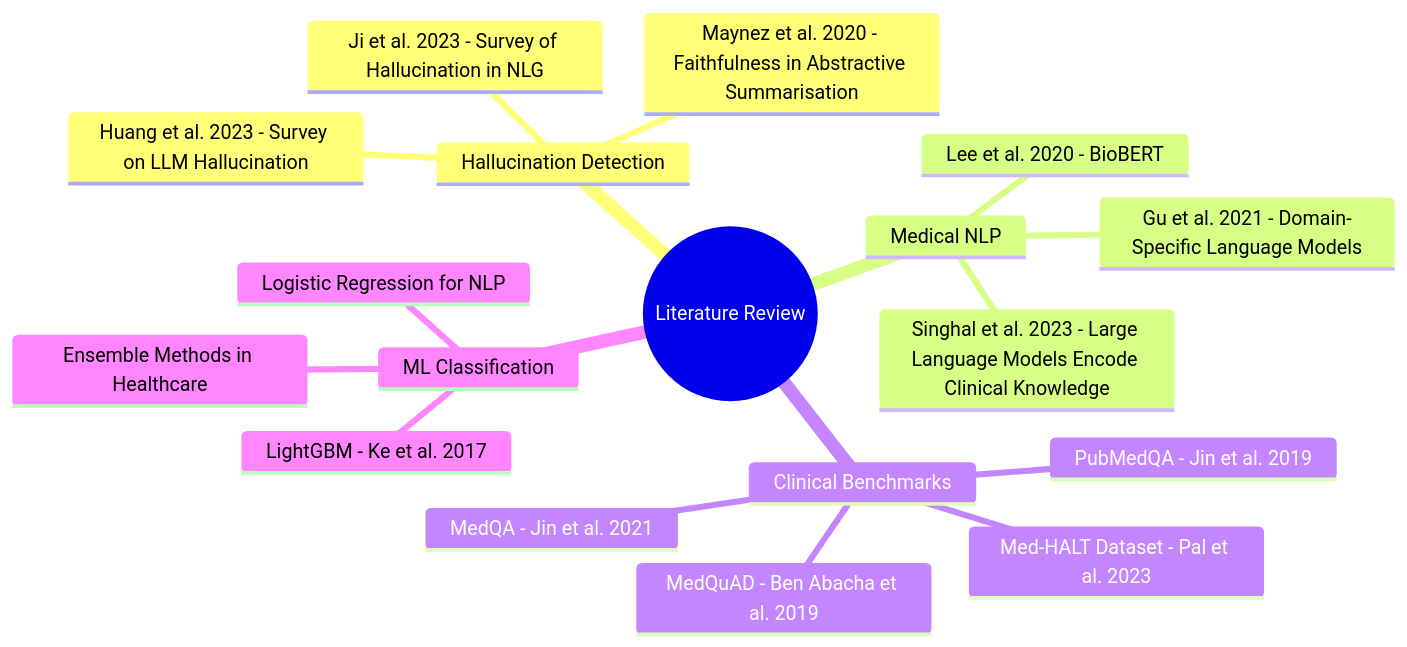
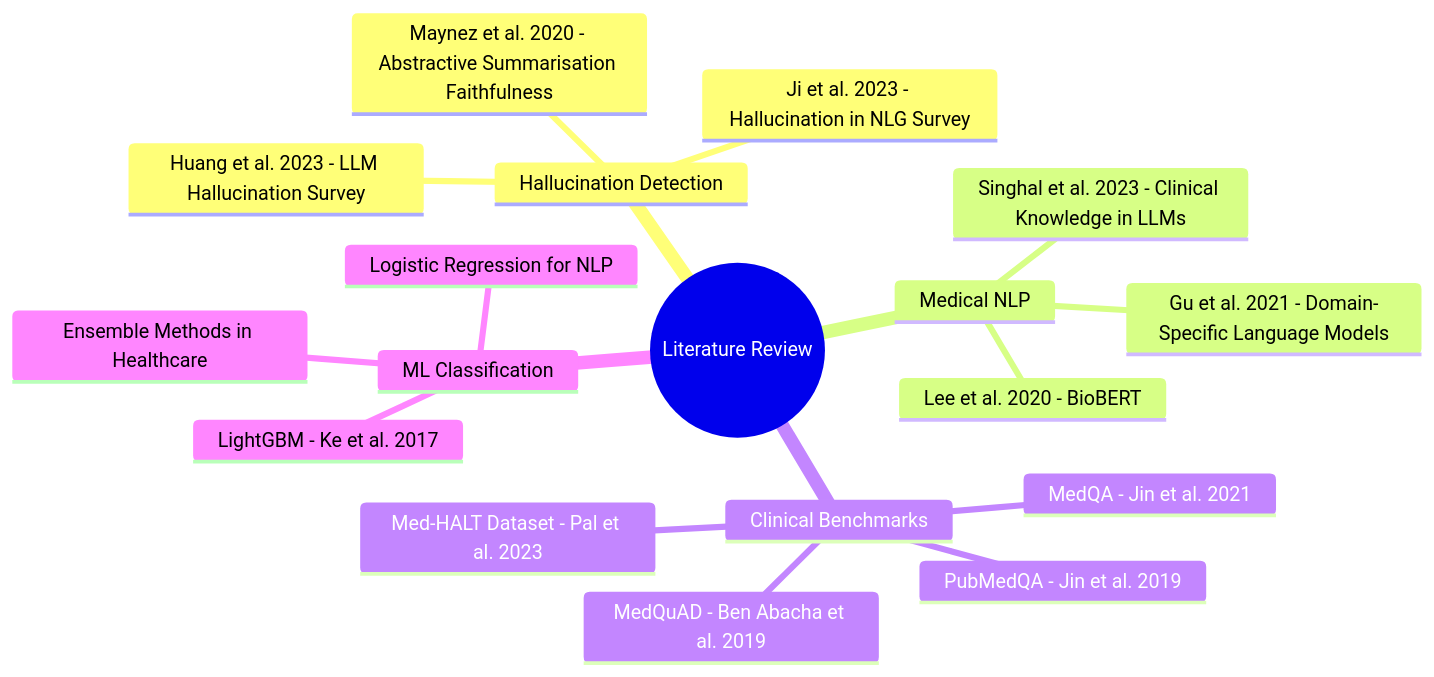
One commit to yogeshravi19/cliniguard changed the third of 19 diagrams in CLINIGUARD_Project_Documentation_Report.md. Above: the diagram before and after it, drawn with Mermaid. The commit also changed other lines of this file and 1 other file, not shown here.

Commit message:
Formalize documentation language and generate official docx

````diff
--- a/CLINIGUARD_Project_Documentation_Report.md
+++ b/CLINIGUARD_Project_Documentation_Report.md
@@ -141,21 +138,21 @@
 ```mermaid
 mindmap
   root((Literature Review))
     Hallucination Detection
-      Huang et al. 2023 - Survey on LLM Hallucination
-      Ji et al. 2023 - Survey of Hallucination in NLG
-      Maynez et al. 2020 - Faithfulness in Abstractive Summarisation
+      Huang et al. 2023 - LLM Hallucination Survey
+      Ji et al. 2023 - Hallucination in NLG Survey
+      Maynez et al. 2020 - Abstractive Summarisation Faithfulness
     Medical NLP
       Lee et al. 2020 - BioBERT
       Gu et al. 2021 - Domain-Specific Language Models
-      Singhal et al. 2023 - Large Language Models Encode Clinical Knowledge
+      Singhal et al. 2023 - Clinical Knowledge in LLMs
     Clinical Benchmarks
       Med-HALT Dataset - Pal et al. 2023
       MedQA - Jin et al. 2021
       PubMedQA - Jin et al. 2019
       MedQuAD - Ben Abacha et al. 2019
     ML Classification
       LightGBM - Ke et al. 2017
       Logistic Regression for NLP
       Ensemble Methods in Healthcare
 ```
````
